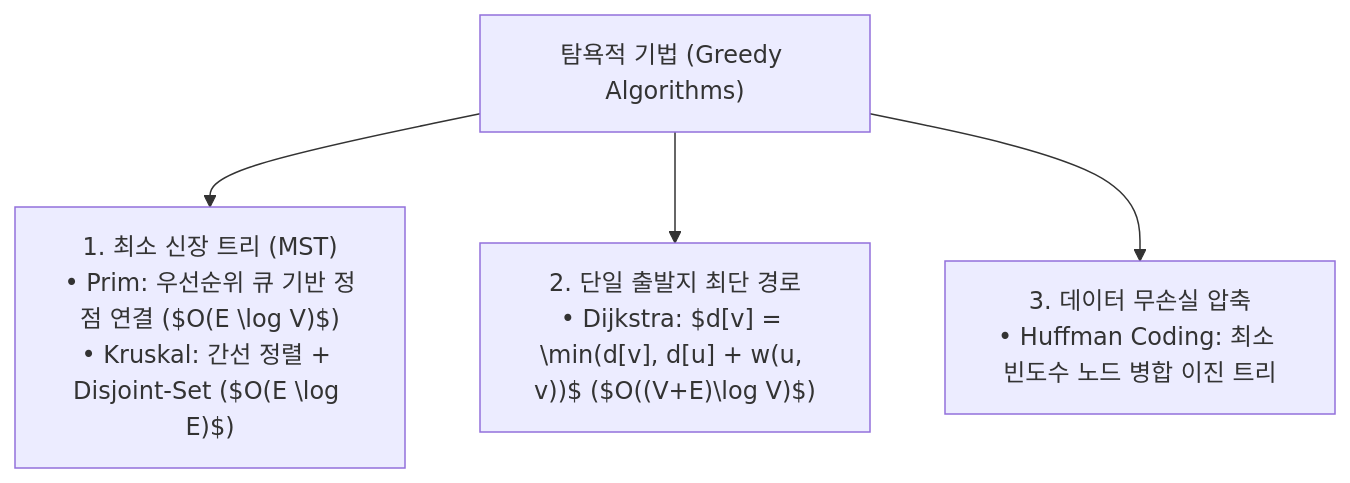
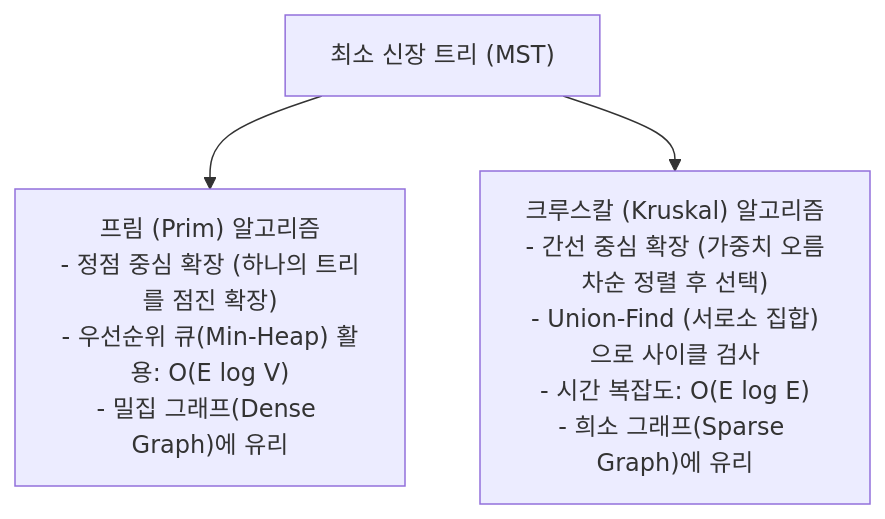
Before and after one commit to umyunsang/edu: the first of 2 diagrams in ComputerScience/06_algorithms-graphics/algorithm-design-analysis/notes/08. 탐욕적 기법.md, drawn with Mermaid. The commit also changed other lines of this file and 72 other files, not shown here.

````diff
--- a/ComputerScience/06_algorithms-graphics/algorithm-design-analysis/notes/08. 탐욕적 기법.md
+++ b/ComputerScience/06_algorithms-graphics/algorithm-design-analysis/notes/08. 탐욕적 기법.md
@@ -34,7 +35,6 @@
 ```mermaid
 flowchart TD
-    GREEDY["탐욕적 기법 (Greedy Algorithms)"]
-    GREEDY --> MST["1. 최소 신장 트리 (MST)<br/>• Prim: 우선순위 큐 기반 정점 연결 ($O(E \log V)$)<br/>• Kruskal: 간선 정렬 + Disjoint-Set ($O(E \log E)$)"]
-    GREEDY --> SHORTEST["2. 단일 출발지 최단 경로<br/>• Dijkstra: $d[v] = \min(d[v], d[u] + w(u, v))$ ($O((V+E)\log V)$)"]
-    GREEDY --> COMP["3. 데이터 무손실 압축<br/>• Huffman Coding: 최소 빈도수 노드 병합 이진 트리"]
+    MST["최소 신장 트리 (MST)"]
+    MST --> PRIM["프림 (Prim) 알고리즘<br/>- 정점 중심 확장 (하나의 트리를 점진 확장)<br/>- 우선순위 큐(Min-Heap) 활용: O(E log V)<br/>- 밀집 그래프(Dense Graph)에 유리"]
+    MST --> KRUSKAL["크루스칼 (Kruskal) 알고리즘<br/>- 간선 중심 확장 (가중치 오름차순 정렬 후 선택)<br/>- Union-Find (서로소 집합)으로 사이클 검사<br/>- 시간 복잡도: O(E log E)<br/>- 희소 그래프(Sparse Graph)에 유리"]
 ```
````
